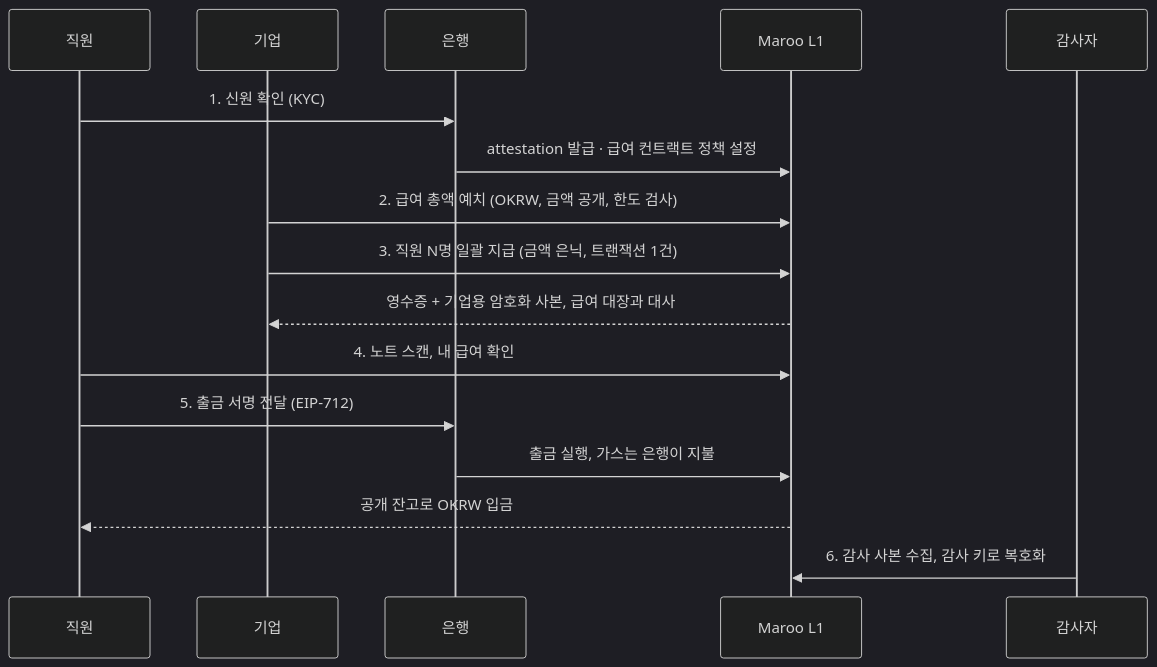
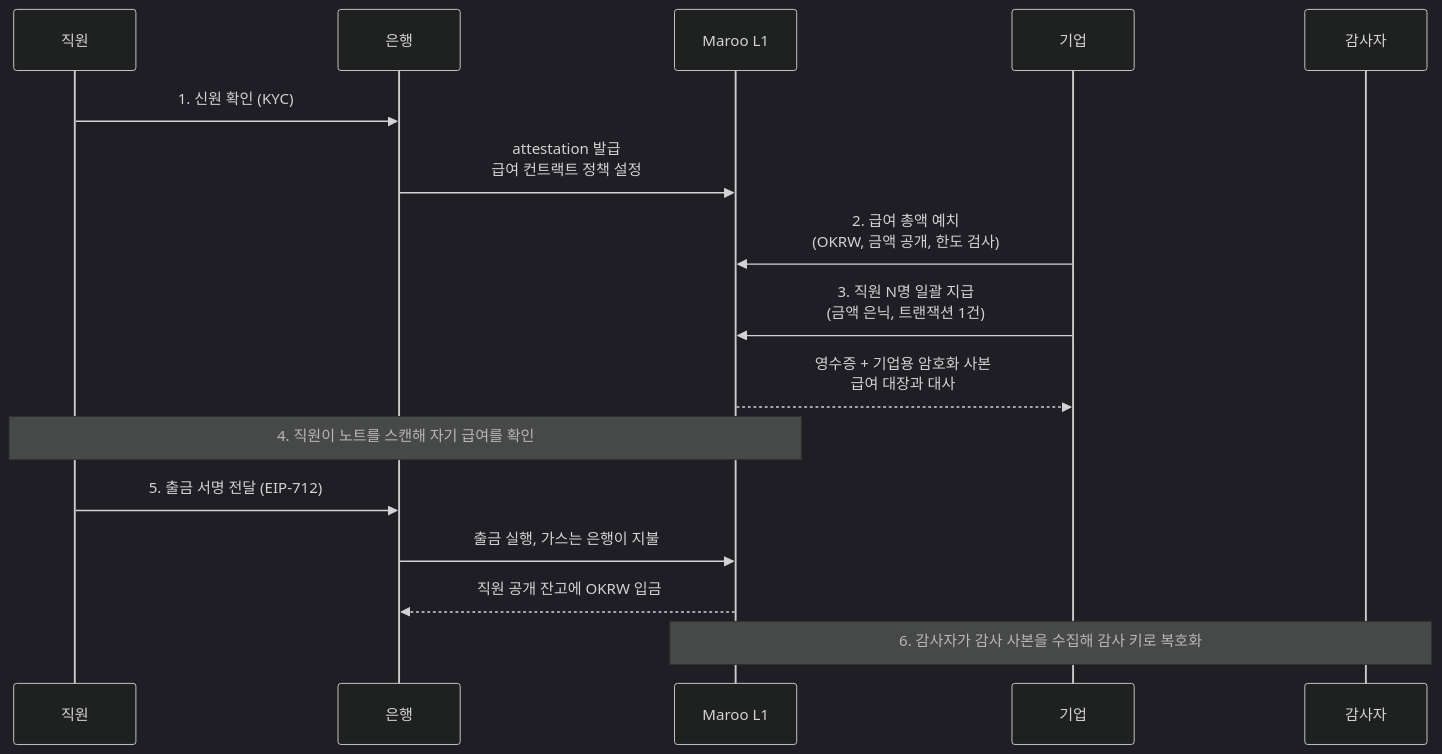
Before and after one commit to ghwo336/maroo-institutional-integration-guide: the second of 4 diagrams in docs/integration-guide.md, drawn with Mermaid. The commit also changed 2 other files, not shown here.

Commit message:
급여 시퀀스 다이어그램 참여자 순서 재배치, 라벨과 생명선 겹침 제거

````diff
--- a/docs/integration-guide.md
+++ b/docs/integration-guide.md
@@ -121,20 +121,20 @@
 ```mermaid
-%%{init: {'theme': 'dark'}}%%
+%%{init: {'theme': 'dark', 'sequence': {'actorMargin': 140, 'width': 130, 'messageMargin': 40, 'noteMargin': 12}}}%%
 sequenceDiagram
   participant EMP as 직원
-  participant CORP as 기업
   participant BANK as 은행
   participant CHAIN as Maroo L1
+  participant CORP as 기업
   participant AUD as 감사자
 
   EMP->>BANK: 1. 신원 확인 (KYC)
-  BANK->>CHAIN: attestation 발급 · 급여 컨트랙트 정책 설정
-  CORP->>CHAIN: 2. 급여 총액 예치 (OKRW, 금액 공개, 한도 검사)
-  CORP->>CHAIN: 3. 직원 N명 일괄 지급 (금액 은닉, 트랜잭션 1건)
-  CHAIN-->>CORP: 영수증 + 기업용 암호화 사본, 급여 대장과 대사
-  EMP->>CHAIN: 4. 노트 스캔, 내 급여 확인
+  BANK->>CHAIN: attestation 발급<br/>급여 컨트랙트 정책 설정
+  CORP->>CHAIN: 2. 급여 총액 예치<br/>(OKRW, 금액 공개, 한도 검사)
+  CORP->>CHAIN: 3. 직원 N명 일괄 지급<br/>(금액 은닉, 트랜잭션 1건)
+  CHAIN-->>CORP: 영수증 + 기업용 암호화 사본<br/>급여 대장과 대사
+  Note over EMP,CHAIN: 4. 직원이 노트를 스캔해 자기 급여를 확인
   EMP->>BANK: 5. 출금 서명 전달 (EIP-712)
   BANK->>CHAIN: 출금 실행, 가스는 은행이 지불
-  CHAIN-->>EMP: 공개 잔고로 OKRW 입금
-  AUD->>CHAIN: 6. 감사 사본 수집, 감사 키로 복호화
+  CHAIN-->>BANK: 직원 공개 잔고에 OKRW 입금
+  Note over CHAIN,AUD: 6. 감사자가 감사 사본을 수집해 감사 키로 복호화
 ```
````
